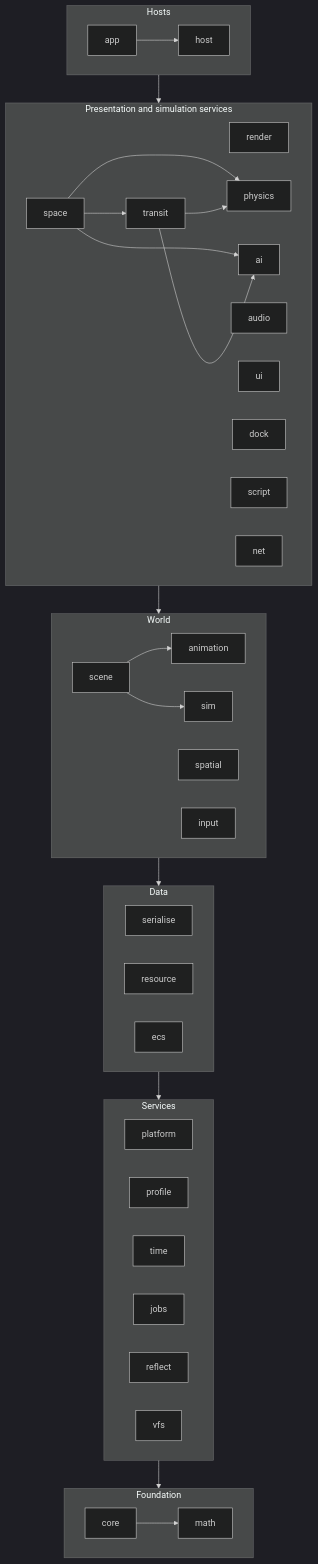
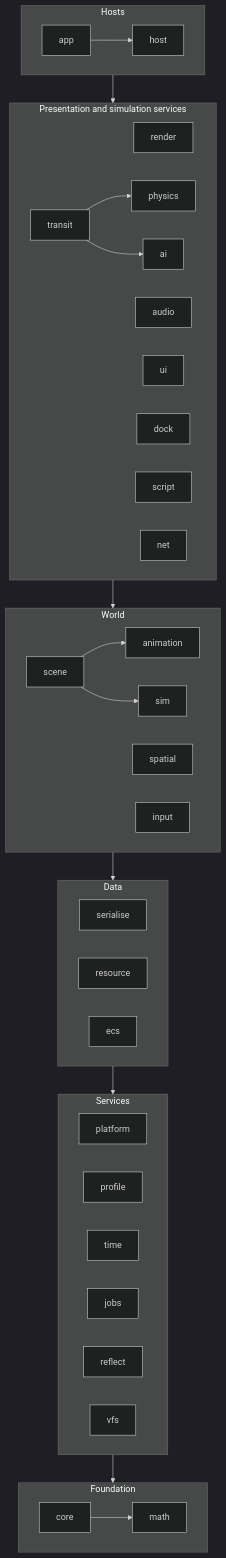
One commit to ivanhawkes/jettison changed the diagram in docs/architecture.md. Above: the diagram before and after it, drawn with Mermaid (dark theme). The commit also changed other lines of this file and 56 other files, not shown here.

````diff
--- a/docs/architecture.md
+++ b/docs/architecture.md
@@ -136,33 +136,30 @@
 ```mermaid
 flowchart TB
     subgraph T0[Foundation]
         core --> math
     end
     subgraph T1[Services]
         platform; profile; time; jobs; reflect; vfs
     end
     subgraph T2[Data]
         serialise; resource; ecs
     end
     subgraph T3[World]
         scene --> animation
         scene --> sim
         sim; spatial; input
     end
     subgraph T4[Presentation and simulation services]
         render; physics; audio; ui; ai; transit; dock; script; net
-        space --> physics
-        space --> ai
-        space --> transit
         transit --> physics
         transit --> ai
     end
     subgraph T5[Hosts]
         app --> host
     end
     T1 --> T0
     T2 --> T1
     T3 --> T2
     T4 --> T3
     T5 --> T4
 ```
````
